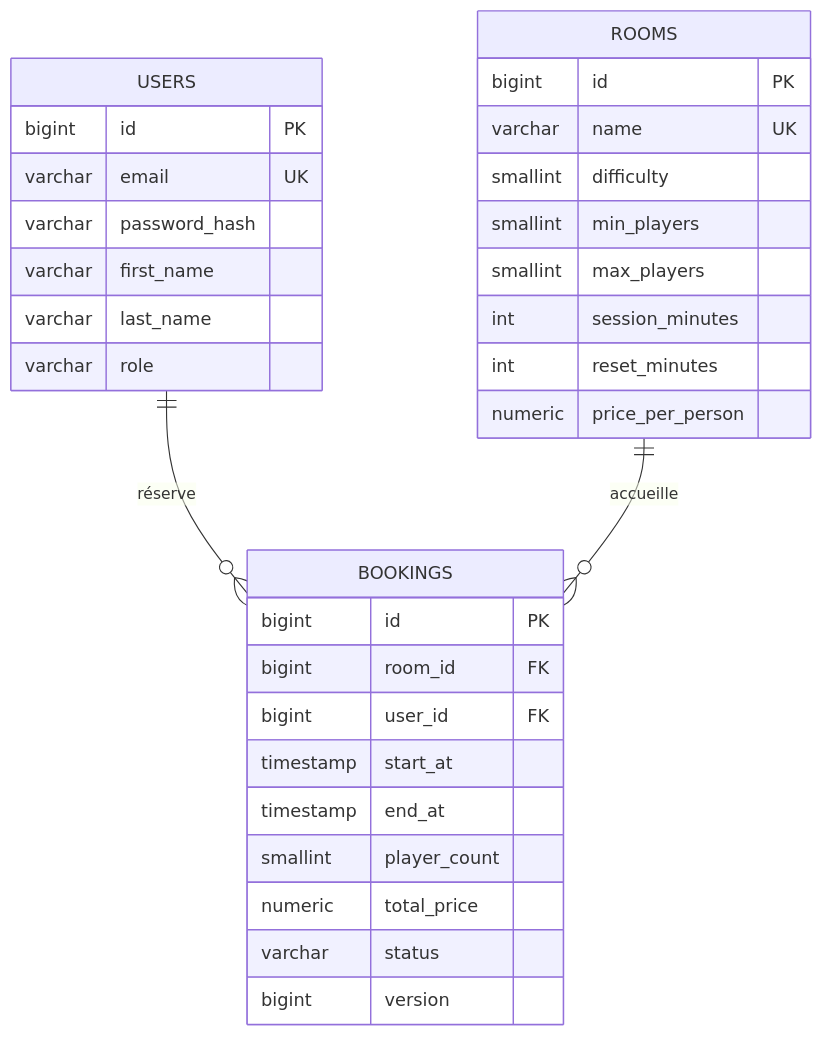
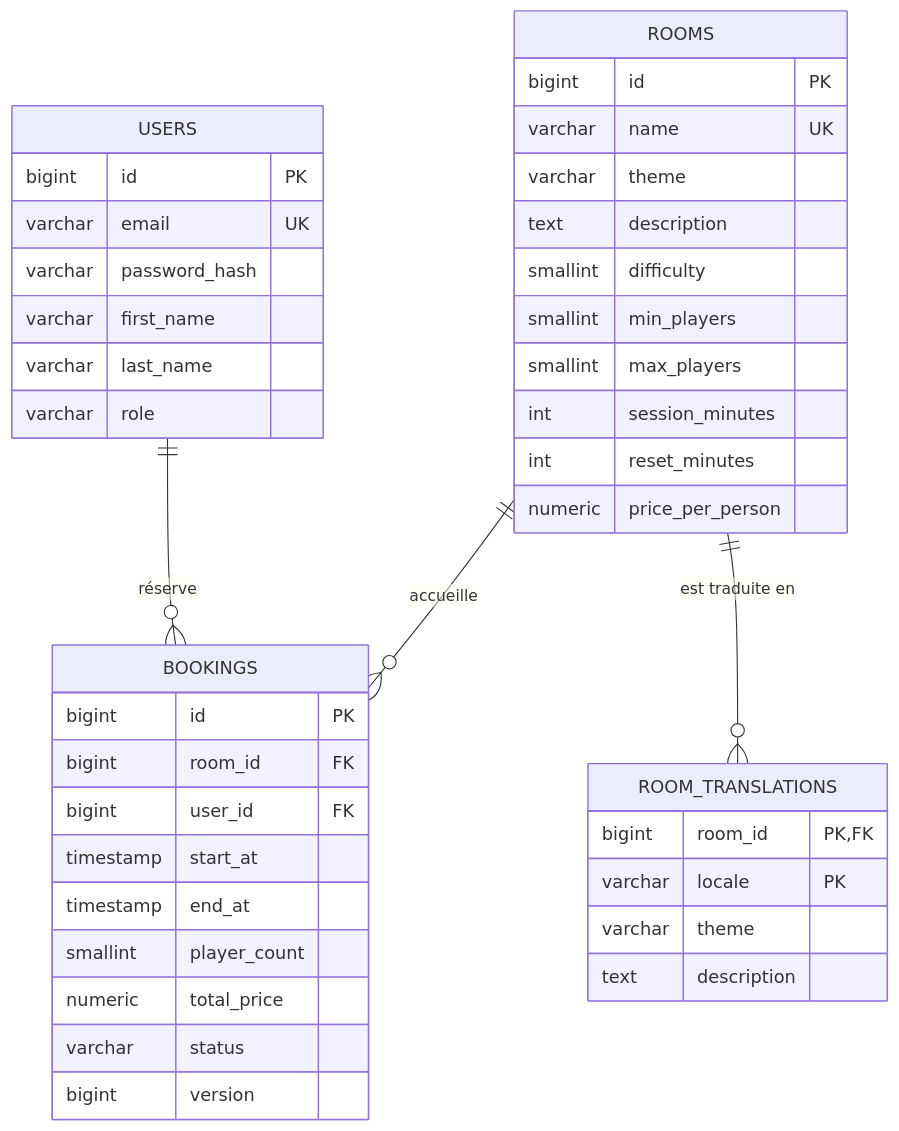
The second of 2 diagrams in README.md (Maudilama/escape-game-booking), drawn with Mermaid before and after one commit. The commit also changed other lines of this file, not shown here.

````diff
--- a/README.md
+++ b/README.md
@@ -160,35 +176,44 @@
 ```mermaid
 erDiagram
     USERS ||--o{ BOOKINGS : "réserve"
     ROOMS ||--o{ BOOKINGS : "accueille"
+    ROOMS ||--o{ ROOM_TRANSLATIONS : "est traduite en"
 
     USERS {
         bigint id PK
         varchar email UK
         varchar password_hash
         varchar first_name
         varchar last_name
         varchar role
     }
     ROOMS {
         bigint id PK
         varchar name UK
+        varchar theme
+        text description
         smallint difficulty
         smallint min_players
         smallint max_players
         int session_minutes
         int reset_minutes
         numeric price_per_person
+    }
+    ROOM_TRANSLATIONS {
+        bigint room_id PK, FK
+        varchar locale PK
+        varchar theme
+        text description
     }
     BOOKINGS {
         bigint id PK
         bigint room_id FK
         bigint user_id FK
         timestamp start_at
         timestamp end_at
         smallint player_count
         numeric total_price
         varchar status
         bigint version
     }
 ```
````
